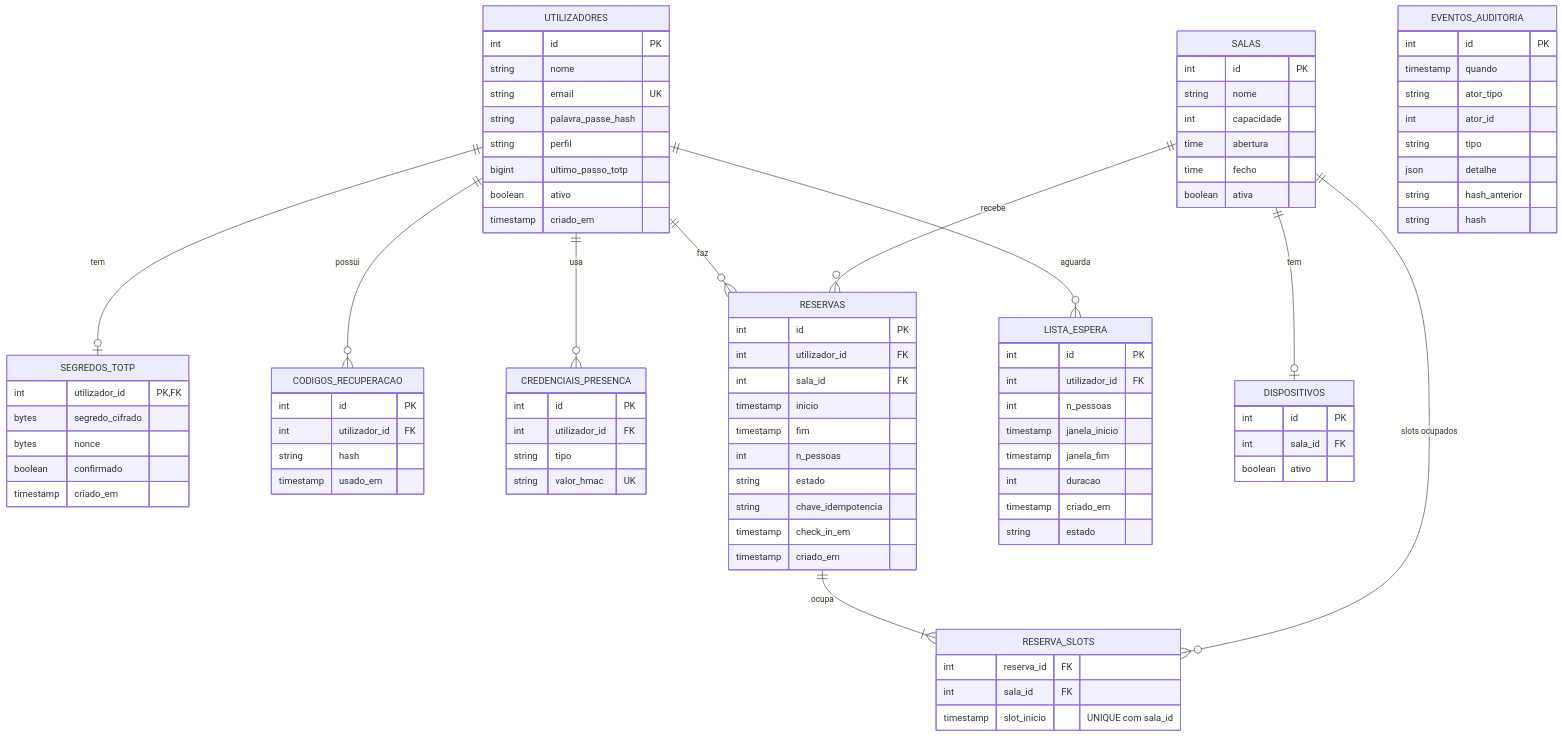
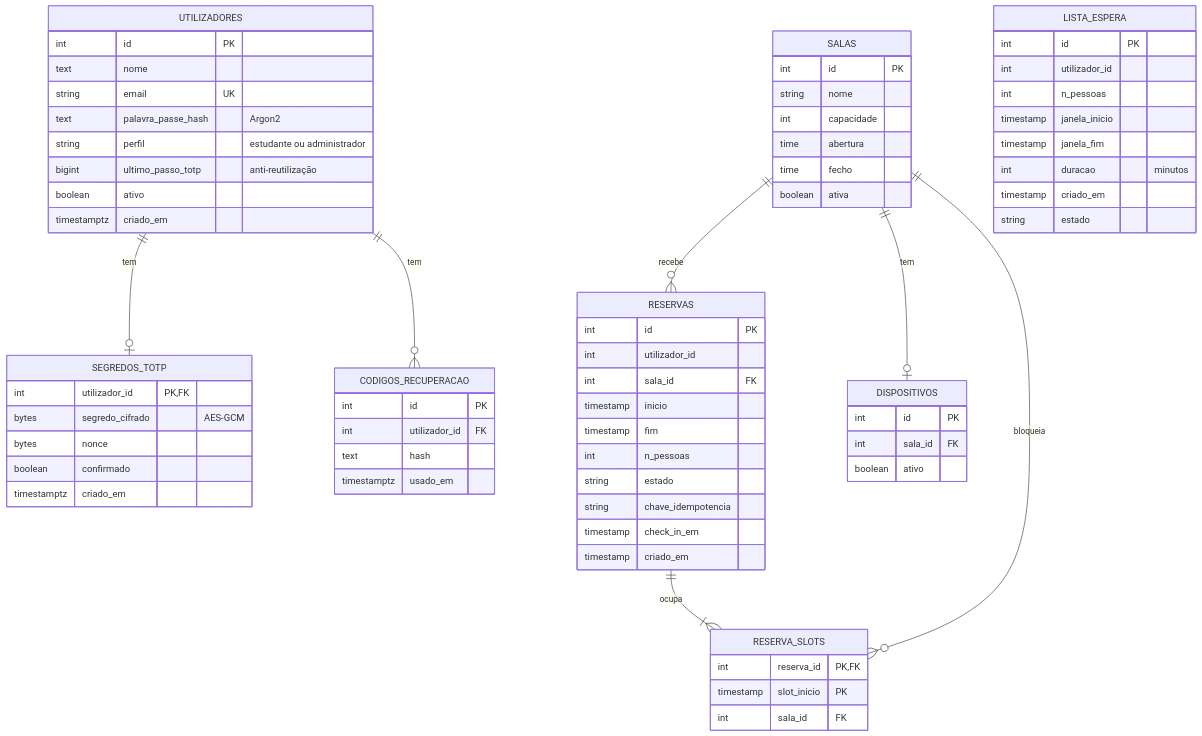
The diagram in _documentacao/04_documentacao_tecnica/estrutura_bd.md (carloslima11/StudySpot), drawn with Mermaid before and after one commit. The commit also changed other lines of this file and 27 other files, not shown here.

````diff
--- a/_documentacao/04_documentacao_tecnica/estrutura_bd.md
+++ b/_documentacao/04_documentacao_tecnica/estrutura_bd.md
@@ -5,43 +20,34 @@
 ```mermaid
 erDiagram
     UTILIZADORES ||--o| SEGREDOS_TOTP : "tem"
-    UTILIZADORES ||--o{ CODIGOS_RECUPERACAO : "possui"
-    UTILIZADORES ||--o{ CREDENCIAIS_PRESENCA : "usa"
-    UTILIZADORES ||--o{ RESERVAS : "faz"
-    UTILIZADORES ||--o{ LISTA_ESPERA : "aguarda"
+    UTILIZADORES ||--o{ CODIGOS_RECUPERACAO : "tem"
     SALAS ||--o{ RESERVAS : "recebe"
+    RESERVAS ||--|{ RESERVA_SLOTS : "ocupa"
+    SALAS ||--o{ RESERVA_SLOTS : "bloqueia"
     SALAS ||--o| DISPOSITIVOS : "tem"
-    RESERVAS ||--|{ RESERVA_SLOTS : "ocupa"
-    SALAS ||--o{ RESERVA_SLOTS : "slots ocupados"
 
     UTILIZADORES {
         int id PK
-        string nome
+        text nome
         string email UK
-        string palavra_passe_hash
-        string perfil
-        bigint ultimo_passo_totp
+        text palavra_passe_hash "Argon2"
+        string perfil "estudante ou administrador"
+        bigint ultimo_passo_totp "anti-reutilização"
         boolean ativo
-        timestamp criado_em
+        timestamptz criado_em
     }
     SEGREDOS_TOTP {
         int utilizador_id PK, FK
-        bytes segredo_cifrado
+        bytes segredo_cifrado "AES-GCM"
         bytes nonce
         boolean confirmado
-        timestamp criado_em
+        timestamptz criado_em
     }
     CODIGOS_RECUPERACAO {
         int id PK
         int utilizador_id FK
-        string hash
-        timestamp usado_em
-    }
-    CREDENCIAIS_PRESENCA {
-        int id PK
-        int utilizador_id FK
-        string tipo
-        string valor_hmac UK
+        text hash
+        timestamptz usado_em
     }
     SALAS {
         int id PK
@@ -51,14 +57,9 @@
         time fecho
         boolean ativa
     }
-    DISPOSITIVOS {
-        int id PK
-        int sala_id FK
-        boolean ativo
-    }
     RESERVAS {
         int id PK
-        int utilizador_id FK
+        int utilizador_id
         int sala_id FK
         timestamp inicio
         timestamp fim
@@ -69,28 +70,23 @@
         timestamp criado_em
     }
     RESERVA_SLOTS {
-        int reserva_id FK
+        int reserva_id PK, FK
+        timestamp slot_inicio PK
         int sala_id FK
-        timestamp slot_inicio "UNIQUE com sala_id"
     }
     LISTA_ESPERA {
         int id PK
-        int utilizador_id FK
+        int utilizador_id
         int n_pessoas
         timestamp janela_inicio
         timestamp janela_fim
-        int duracao
+        int duracao "minutos"
         timestamp criado_em
         string estado
     }
-    EVENTOS_AUDITORIA {
+    DISPOSITIVOS {
         int id PK
-        timestamp quando
-        string ator_tipo
-        int ator_id
-        string tipo
-        json detalhe
-        string hash_anterior
-        string hash
+        int sala_id FK
+        boolean ativo
     }
 ```
````
